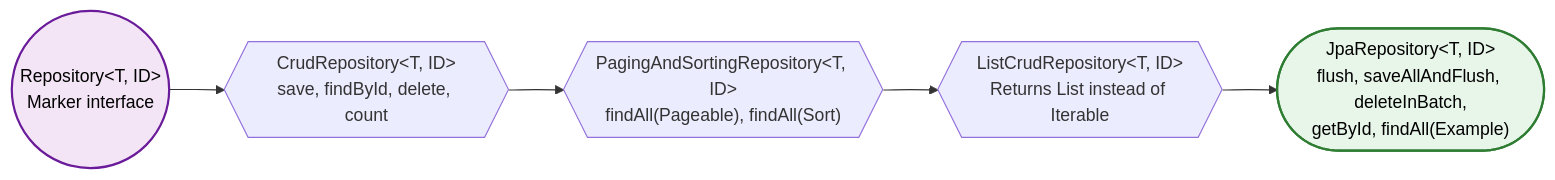
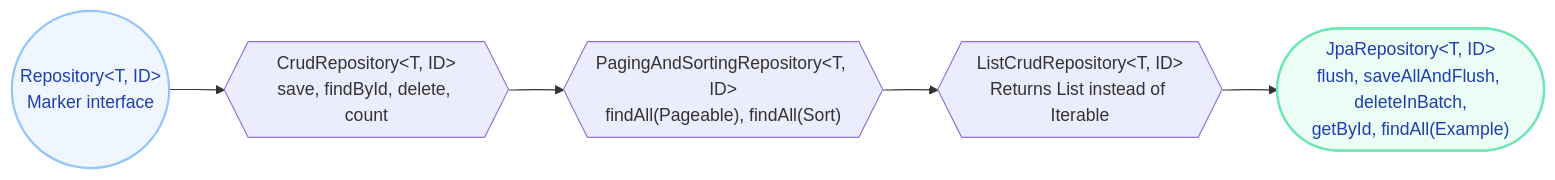
Before and after one commit to saivamsikaruturi/vamsilabs-dev-notes-main: the second of 4 diagrams in docs/springboot/spring-data-jpa.md, drawn with Mermaid. The commit also changed other lines of this file and 220 other files, not shown here.

First line of the commit message:
Add 50+ new Java/Spring Boot pages, rewrite CSS code blocks to Oracle style, fix all diagram colors

````diff
--- a/docs/springboot/spring-data-jpa.md
+++ b/docs/springboot/spring-data-jpa.md
@@ -28,10 +28,10 @@
 ```mermaid
 flowchart LR
     R(("Repository&lt;T, ID&gt;<br/>Marker interface")) --> CR{{"CrudRepository&lt;T, ID&gt;<br/>save, findById, delete, count"}}
     CR --> PSR{{"PagingAndSortingRepository&lt;T, ID&gt;<br/>findAll(Pageable), findAll(Sort)"}}
     PSR --> LCR{{"ListCrudRepository&lt;T, ID&gt;<br/>Returns List instead of Iterable"}}
     LCR --> JR(["JpaRepository&lt;T, ID&gt;<br/>flush, saveAllAndFlush, deleteInBatch,<br/>getById, findAll(Example)"])
 
-    style R fill:#F3E5F5,stroke:#6A1B9A,stroke-width:2px,color:#000
-    style JR fill:#E8F5E9,stroke:#2E7D32,stroke-width:2px,color:#000
+    style R fill:#EFF6FF,stroke:#93C5FD,stroke-width:2px,color:#1E40AF
+    style JR fill:#ECFDF5,stroke:#6EE7B7,stroke-width:2px,color:#1E40AF
 ```
````
